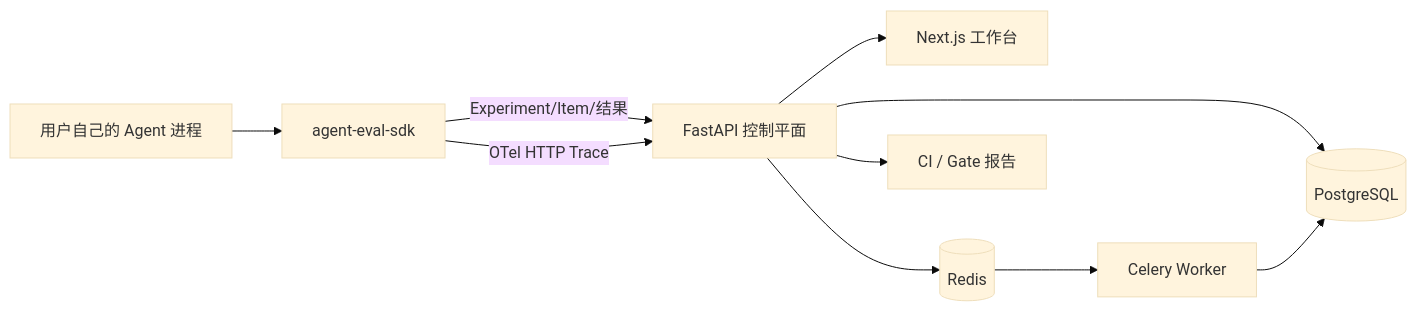
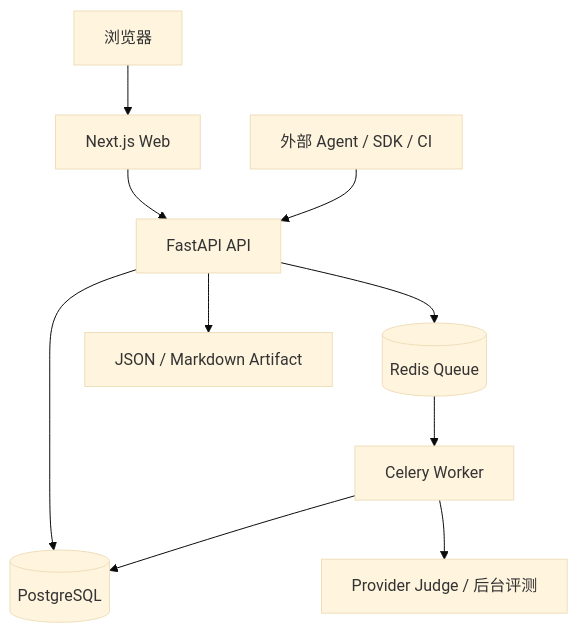
One commit to YXCZS/AgentEval changed the first of 2 diagrams in README.md. Above: the diagram before and after it, drawn with Mermaid (base theme). The commit also changed other lines of this file and 35 other files, not shown here.

````diff
--- a/README.md
+++ b/README.md
@@ -39,12 +61,12 @@
 ```mermaid
-flowchart LR
-    Agent[用户自己的 Agent 进程] --> SDK[agent-eval-sdk]
-    SDK -->|Experiment/Item/结果| API[FastAPI 控制平面]
-    SDK -->|OTel HTTP Trace| API
+flowchart TB
+    Browser[浏览器] --> Web[Next.js Web]
+    Web --> API[FastAPI API]
+    SDK[外部 Agent / SDK / CI] --> API
     API --> DB[(PostgreSQL)]
-    API --> Web[Next.js 工作台]
-    API --> Queue[(Redis)]
-    Queue --> Worker[Celery Worker]
+    API --> Redis[(Redis Queue)]
+    Redis --> Worker[Celery Worker]
+    Worker --> Judge[Provider Judge / 后台评测]
     Worker --> DB
-    API --> CI[CI / Gate 报告]
+    API --> Export[JSON / Markdown Artifact]
 ```
````
